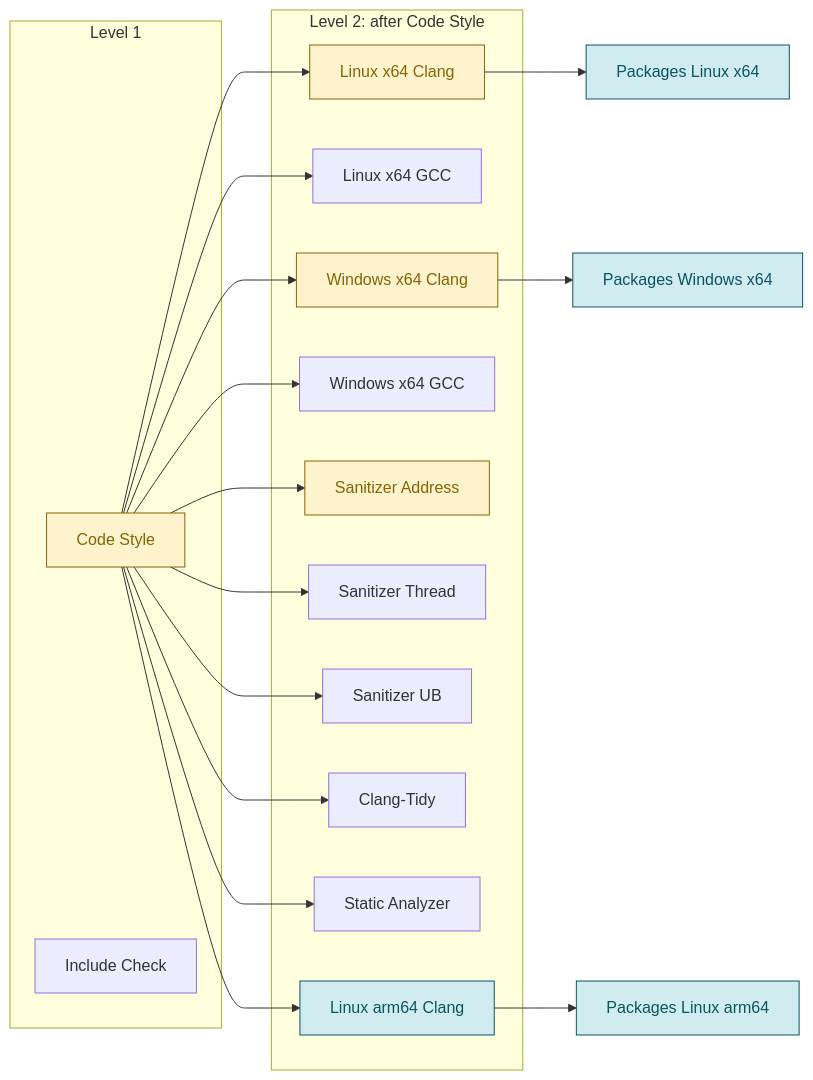
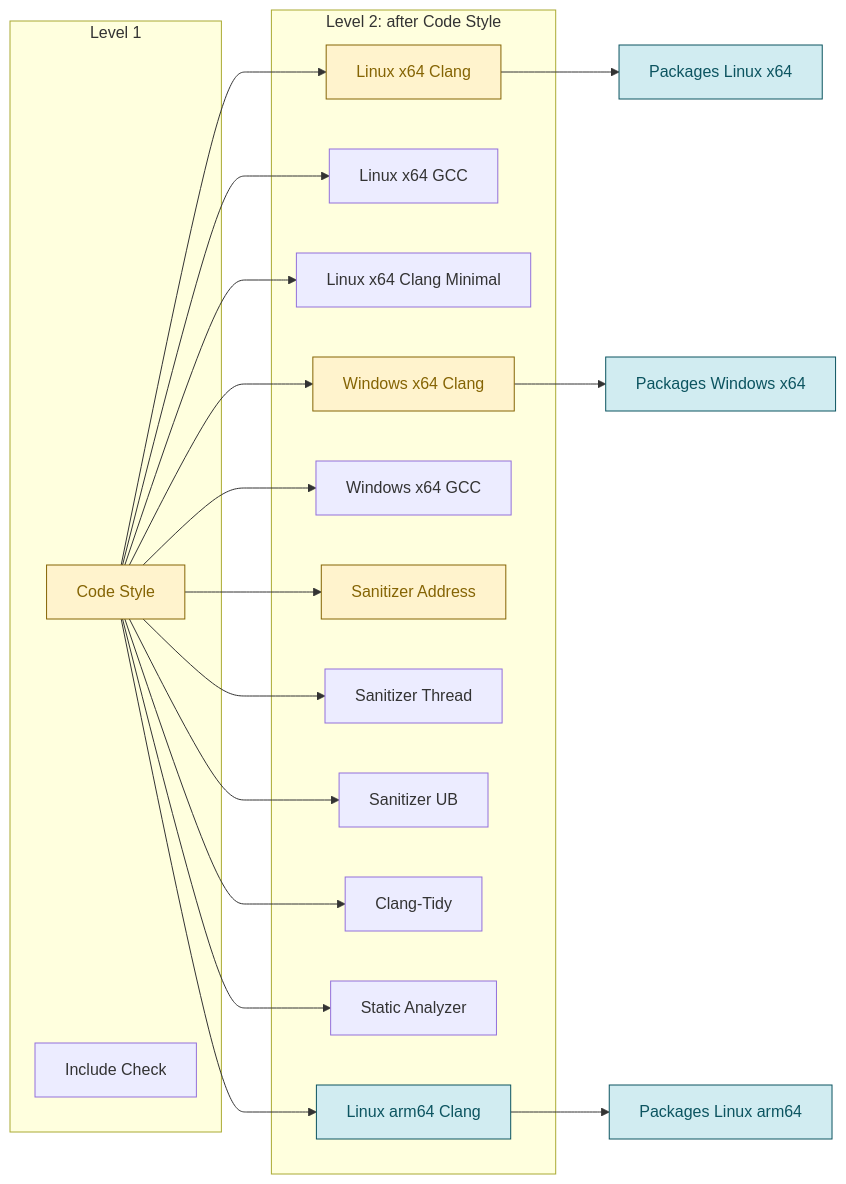
The second of 3 diagrams in doc/pages/continuous_integration.md (Silmaen/Owl), drawn with Mermaid before and after one commit. The commit also changed other lines of this file and 3 other files, not shown here.

````diff
--- a/doc/pages/continuous_integration.md
+++ b/doc/pages/continuous_integration.md
@@ -134,21 +136,22 @@
 ```mermaid
 flowchart LR
     subgraph L1[Level 1]
         CS[Code Style]
         IC[Include Check]
     end
     subgraph L2[Level 2: after Code Style]
-        LxC[Linux x64 Clang] & LxG[Linux x64 GCC] & WxC[Windows x64 Clang] & WxG[Windows x64 GCC]
+        LxC[Linux x64 Clang] & LxG[Linux x64 GCC] & LxM[Linux x64 Clang Minimal] & WxC[Windows x64 Clang]
+        WxG[Windows x64 GCC]
         SA[Sanitizer Address] & ST[Sanitizer Thread] & SU[Sanitizer UB]
         CT[Clang-Tidy] & AN[Static Analyzer]
         LaC[Linux arm64 Clang]
     end
-    CS --> LxC & LxG & WxC & WxG & SA & ST & SU & CT & AN & LaC
+    CS --> LxC & LxG & LxM & WxC & WxG & SA & ST & SU & CT & AN & LaC
     LxC --> PL[Packages Linux x64]
     WxC --> PW[Packages Windows x64]
     LaC --> PA[Packages Linux arm64]
     classDef draft fill:#fff3cd,stroke:#856404,color:#856404
     classDef mainOnly fill:#d1ecf1,stroke:#0c5460,color:#0c5460
     class CS,LxC,WxC,SA draft
     class LaC,LaG,PL,PW,PA mainOnly
 ```
````
